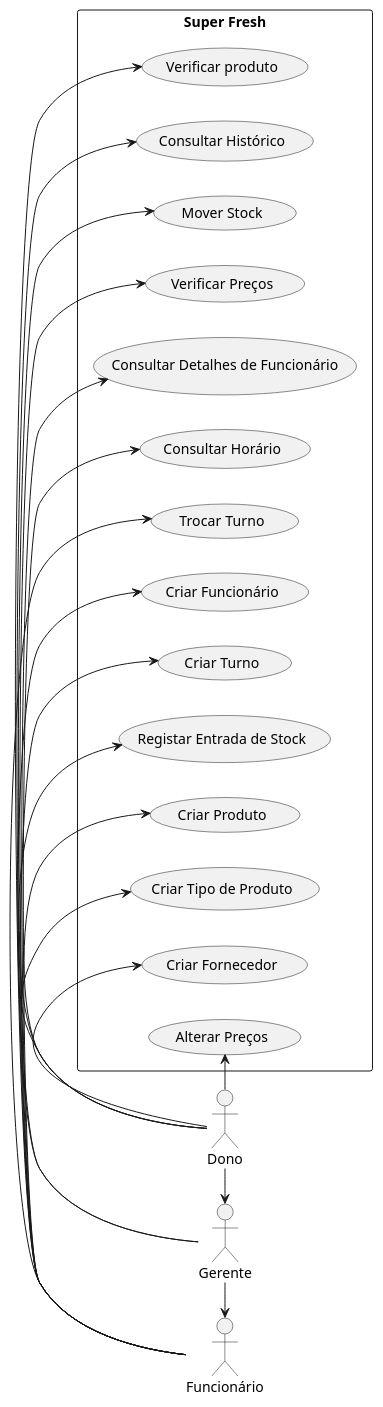
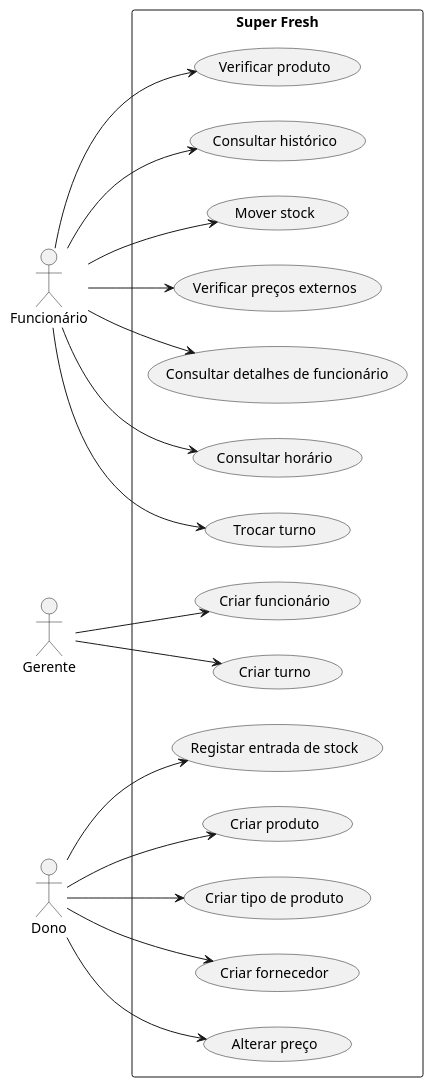
One commit to FCClara/DSSMV_1220893_1241190 changed the diagram in docs/puml/UC.puml. Above: the diagram before and after it, drawn with PlantUML.

Commit message:
Documentação

```diff
--- a/docs/puml/UC.puml
+++ b/docs/puml/UC.puml
@@ -1,49 +1,45 @@
 @startuml
 'https://plantuml.com/use-case-diagram
 
 left to right direction
 
-actor "Funcionário" as Funcionário
+actor "Funcionário" as Funcionario
 actor "Gerente" as Gerente
 actor "Dono" as Dono
 
 rectangle "Super Fresh" {
+  usecase "Verificar produto" as UC1
+  usecase "Consultar histórico" as UC2
+  usecase "Mover stock" as UC3
+  usecase "Verificar preços externos" as UC8
+  usecase "Consultar detalhes de funcionário" as UC11
+  usecase "Consultar horário" as UC12
+  usecase "Trocar turno" as UC14
 
-usecase "Verificar produto" as UC1
-usecase "Consultar Histórico" as UC2
-usecase "Mover Stock" as UC3
-usecase "Registar Entrada de Stock" as UC4
-usecase "Criar Produto" as UC5
-usecase "Criar Tipo de Produto" as UC6
-usecase "Criar Fornecedor" as UC7
-usecase "Verificar Preços" as UC8
-usecase "Alterar Preços" as UC9
-usecase "Criar Funcionário" as UC10
-usecase "Consultar Detalhes de Funcionário" as UC11
-usecase "Consultar Horário" as UC12
-usecase "Criar Turno" as UC13
-usecase "Trocar Turno" as UC14
+  usecase "Criar funcionário" as UC10
+  usecase "Criar turno" as UC13
 
+  usecase "Registar entrada de stock" as UC4
+  usecase "Criar produto" as UC5
+  usecase "Criar tipo de produto" as UC6
+  usecase "Criar fornecedor" as UC7
+  usecase "Alterar preço" as UC9
 }
 
-Dono -> Gerente
-Gerente -> Funcionário
+Funcionario --> UC1
+Funcionario --> UC2
+Funcionario --> UC3
+Funcionario --> UC8
+Funcionario --> UC11
+Funcionario --> UC12
+Funcionario --> UC14
 
-Funcionário -> UC1
-Funcionário -> UC2
-Funcionário -> UC3
-Funcionário -> UC8
-Funcionário -> UC11
-Funcionário -> UC12
-Funcionário -> UC14
+Gerente --> UC10
+Gerente --> UC13
 
-Gerente -> UC10
-Gerente -> UC13
-
-Dono -> UC4
-Dono -> UC5
-Dono -> UC6
-Dono -> UC7
-Dono -> UC9
-
+Dono --> UC4
+Dono --> UC5
+Dono --> UC6
+Dono --> UC7
+Dono --> UC9
 @enduml
```
